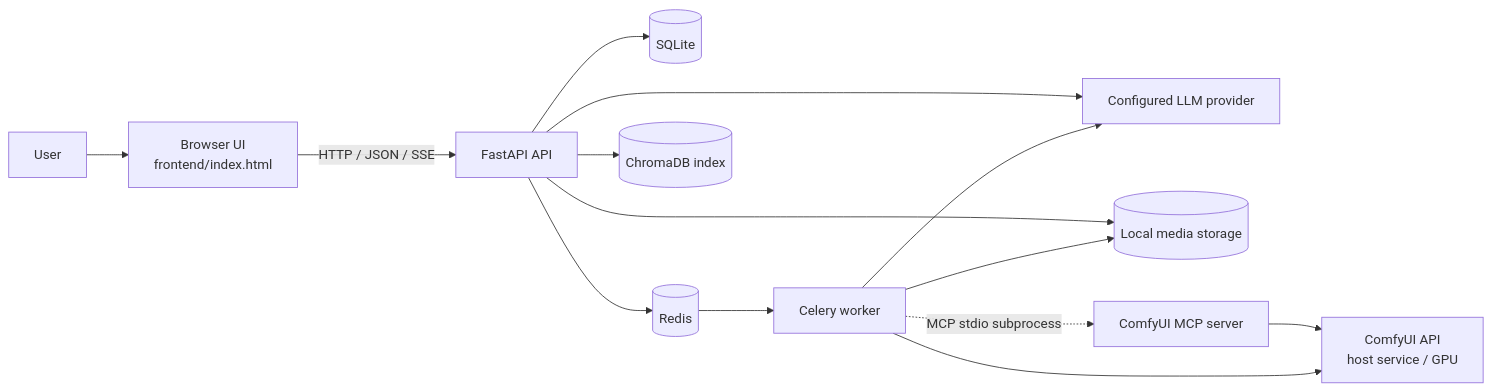
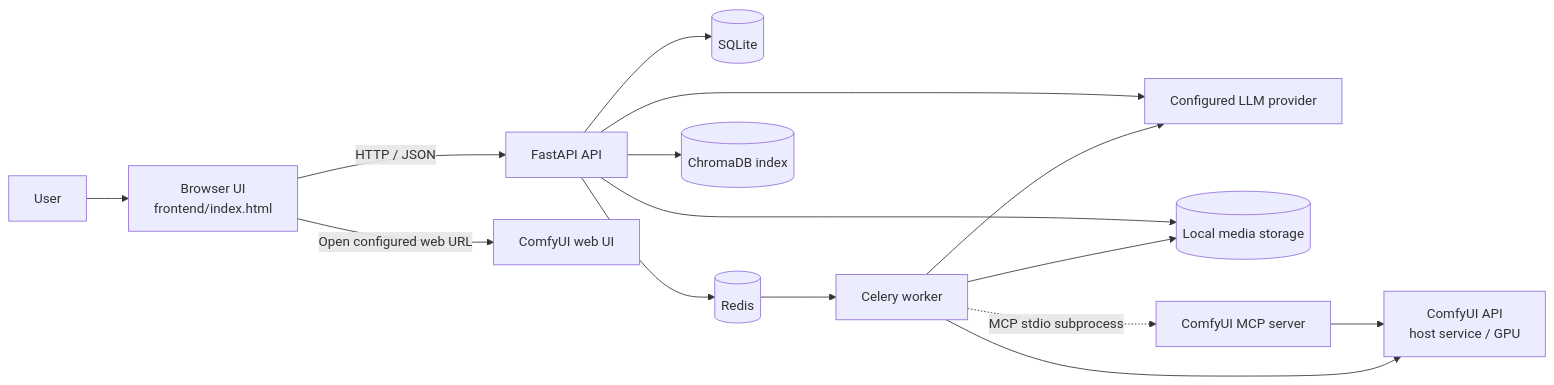
Before and after one commit to Cheung-Fly/ai-image-studio-Base-On-ComfyUI: the first of 2 diagrams in docs/ARCHITECTURE.md, drawn with Mermaid. The commit also changed other lines of this file and 44 other files, not shown here.

````diff
--- a/docs/ARCHITECTURE.md
+++ b/docs/ARCHITECTURE.md
@@ -26,16 +27,17 @@
 ```mermaid
 flowchart LR
     User[User] --> Browser[Browser UI<br/>frontend/index.html]
-    Browser -->|HTTP / JSON / SSE| API[FastAPI API]
+    Browser -->|HTTP / JSON| API[FastAPI API]
+    Browser -->|Open configured web URL| ComfyWeb[ComfyUI web UI]
     API --> DB[(SQLite)]
     API --> Redis[(Redis)]
     Redis --> Worker[Celery worker]
     Worker --> Comfy[ComfyUI API<br/>host service / GPU]
     Worker --> LLM[Configured LLM provider]
     API --> LLM
     Worker --> Files[(Local media storage)]
     API --> Files
     Worker -. MCP stdio subprocess .-> MCP[ComfyUI MCP server]
     MCP --> Comfy
     API --> RAG[(ChromaDB index)]
 ```
````
